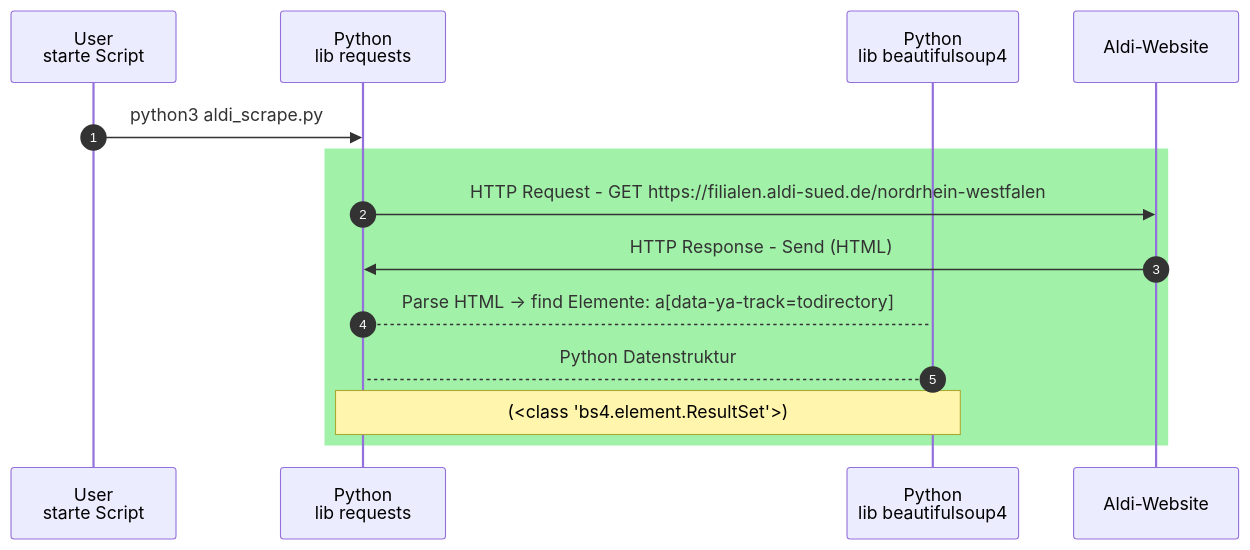
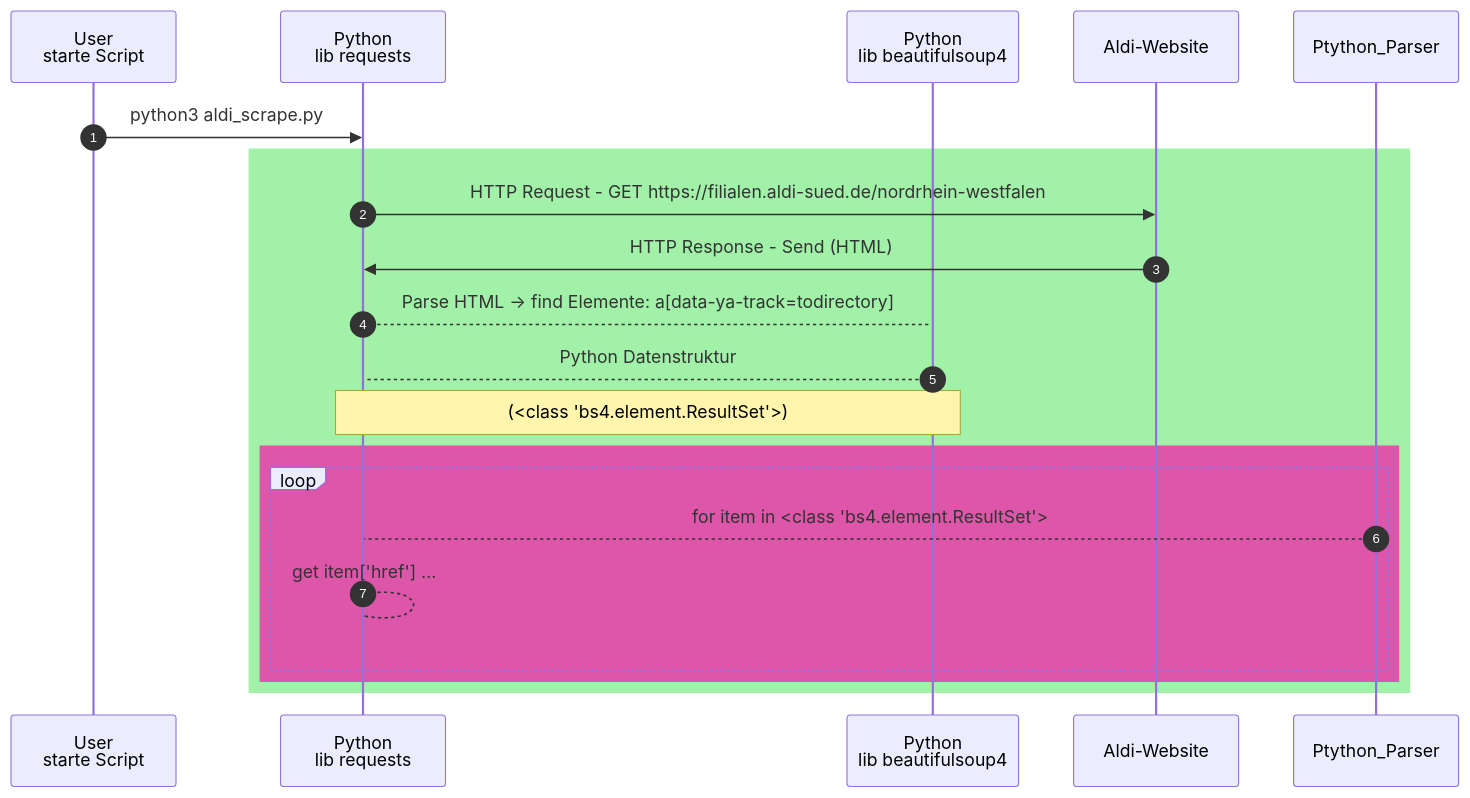
Before and after one commit to nevsglueckauf/high_five: the first of 2 diagrams in projekte/smda/proj_doq/webscraping.md, drawn with Mermaid. The commit also changed other lines of this file, not shown here.

````diff
--- a/projekte/smda/proj_doq/webscraping.md
+++ b/projekte/smda/proj_doq/webscraping.md
@@ -33,18 +33,24 @@
 ```mermaid
 sequenceDiagram
     autonumber
     participant Usr as User<br/>starte Script
     participant Py as Python<br/>lib requests
     participant SP as Python<br/> lib beautifulsoup4 
     participant Webserver as Aldi-Website
     Usr->>Py:python3  aldi_scrape.py  
     rect rgb(161, 241, 168)
             Py->>Webserver: HTTP Request - GET  https://filialen.aldi-sued.de/nordrhein-westfalen
             Webserver->>Py: HTTP Response - Send (HTML)
             Py-->SP: Parse HTML -> find Elemente: a[data-ya-track=todirectory]
             SP-->Py: Python Datenstruktur 
             note over Py, SP: (<class 'bs4.element.ResultSet'>)
+            rect rgb(222, 86, 170)
+            loop 
+                Ptython_Parser-->Py: for item in <class 'bs4.element.ResultSet'>
+                Py-->Py: get item['href'] ...
+            end
+    end
     end
     
 
 ```
````
